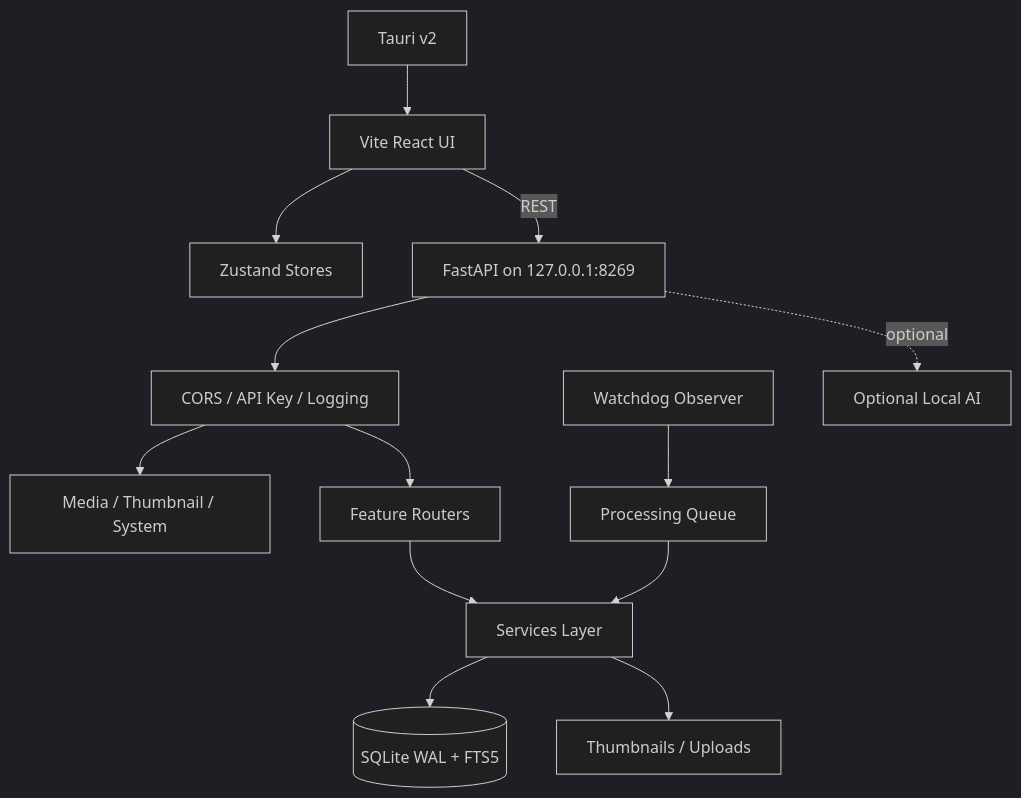
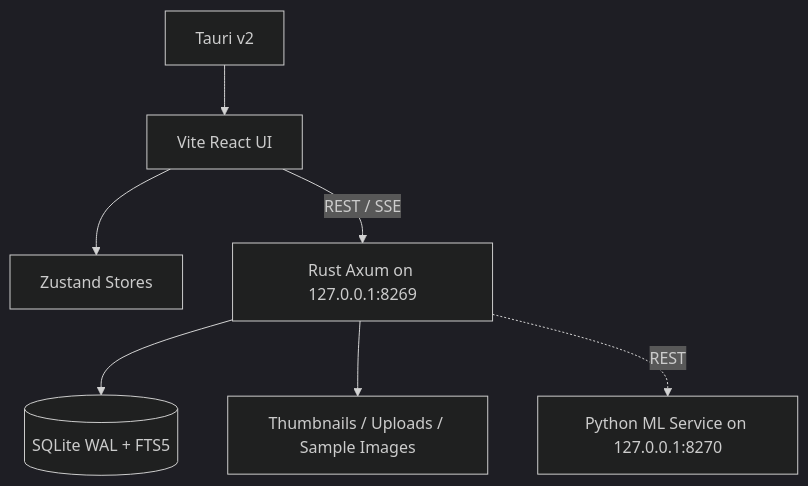
One commit to VardhmanSurana/Prism changed the diagram in docs/ARCHITECTURE.md. Above: the diagram before and after it, drawn with Mermaid (dark theme). The commit also changed other lines of this file and 7 other files, not shown here.

Commit message:
docs: update all documentation to reflect Python-to-Rust backend migration

````diff
--- a/docs/ARCHITECTURE.md
+++ b/docs/ARCHITECTURE.md
@@ -74,15 +74,9 @@
 ```mermaid
 graph TD
     Tauri[Tauri v2] --> React[Vite React UI]
     React --> Zustand[Zustand Stores]
-    React -->|REST| FastAPI[FastAPI on 127.0.0.1:8269]
-    FastAPI --> Middleware[CORS / API Key / Logging]
-    Middleware --> Routes[Media / Thumbnail / System]
-    Middleware --> APIRouters[Feature Routers]
-    APIRouters --> Services[Services Layer]
-    Services --> DB[(SQLite WAL + FTS5)]
-    Services --> Storage[Thumbnails / Uploads]
-    Watchdog[Watchdog Observer] --> Queue[Processing Queue]
-    Queue --> Services
-    FastAPI -. optional .-> AI[Optional Local AI]
+    React -->|REST / SSE| Axum[Rust Axum on 127.0.0.1:8269]
+    Axum --> SQLx[(SQLite WAL + FTS5)]
+    Axum --> Storage[Thumbnails / Uploads / Sample Images]
+    Axum -. REST .-> PyML[Python ML Service on 127.0.0.1:8270]
 ```
````
